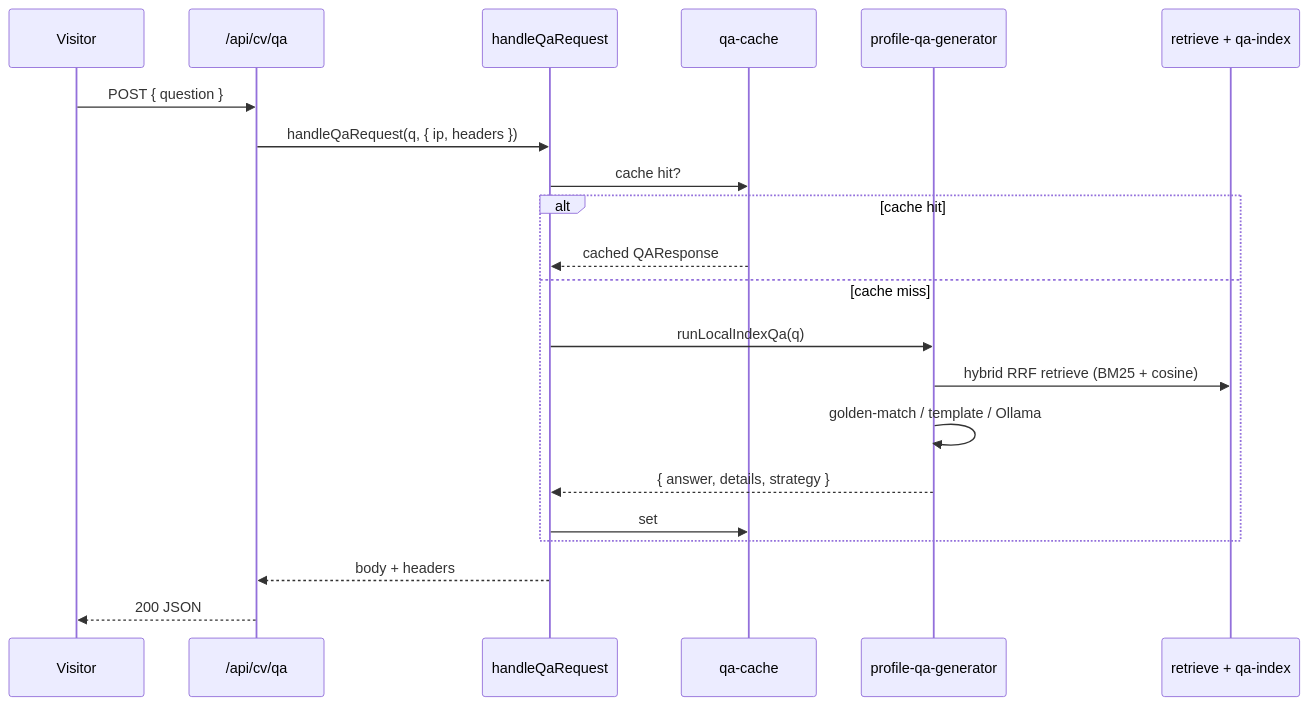
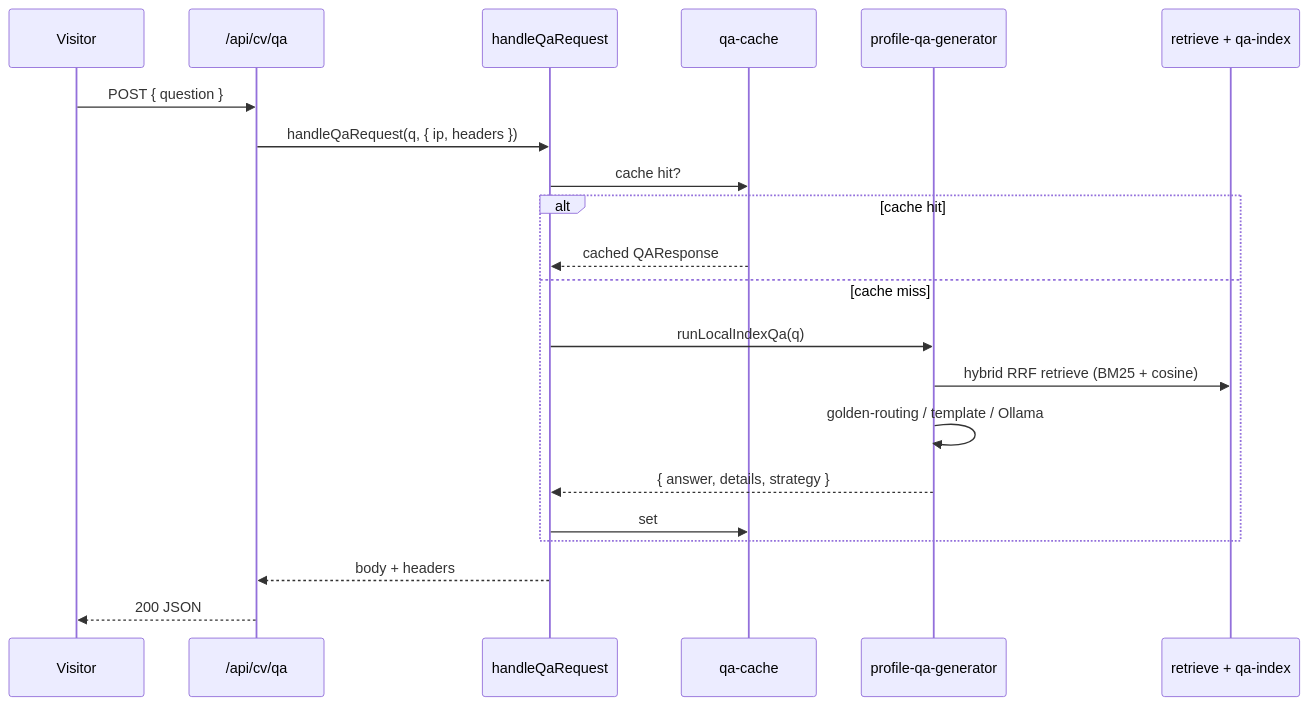
Before and after one commit to p10ns11y/devprofile: the second of 4 diagrams in src/lib/qa/README.md, drawn with Mermaid. The commit also changed other lines of this file and 7 other files, not shown here.

````diff
--- a/src/lib/qa/README.md
+++ b/src/lib/qa/README.md
@@ -92,24 +92,24 @@
 ```mermaid
 sequenceDiagram
   participant V as Visitor
   participant R as /api/cv/qa
   participant G as handleQaRequest
   participant C as qa-cache
   participant P as profile-qa-generator
   participant I as retrieve + qa-index
 
   V->>R: POST { question }
   R->>G: handleQaRequest(q, { ip, headers })
   G->>C: cache hit?
   alt cache hit
     C-->>G: cached QAResponse
   else cache miss
     G->>P: runLocalIndexQa(q)
     P->>I: hybrid RRF retrieve (BM25 + cosine)
-    P->>P: golden-match / template / Ollama
+    P->>P: golden-routing / template / Ollama
     P-->>G: { answer, details, strategy }
     G->>C: set
   end
   G-->>R: body + headers
   R-->>V: 200 JSON
 ```
````
